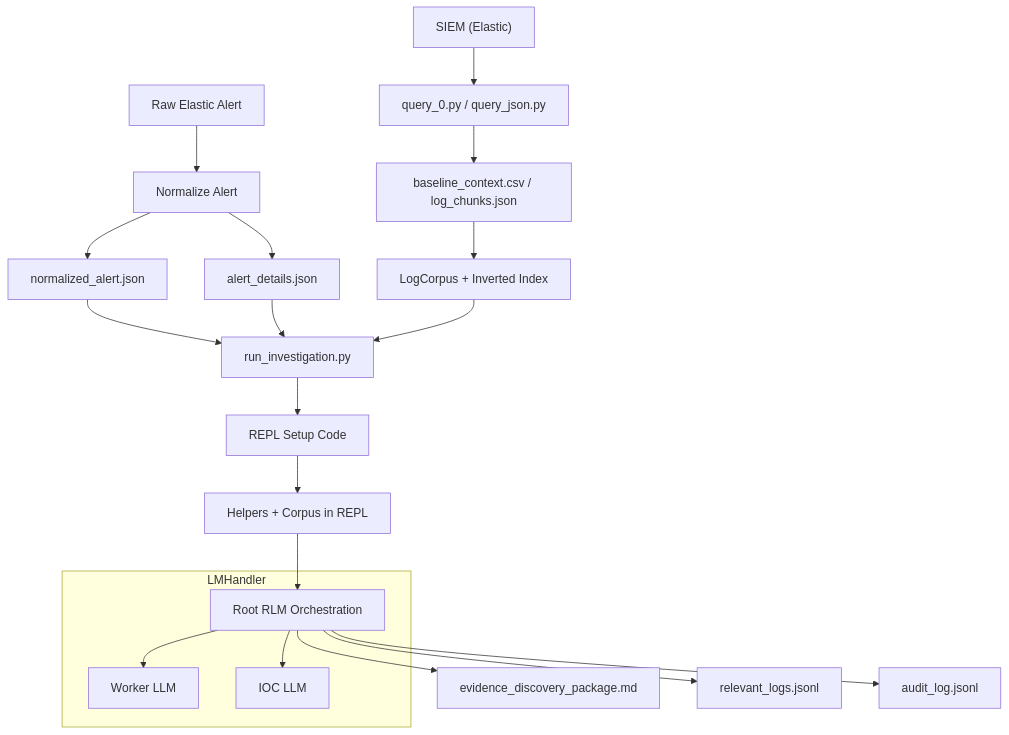
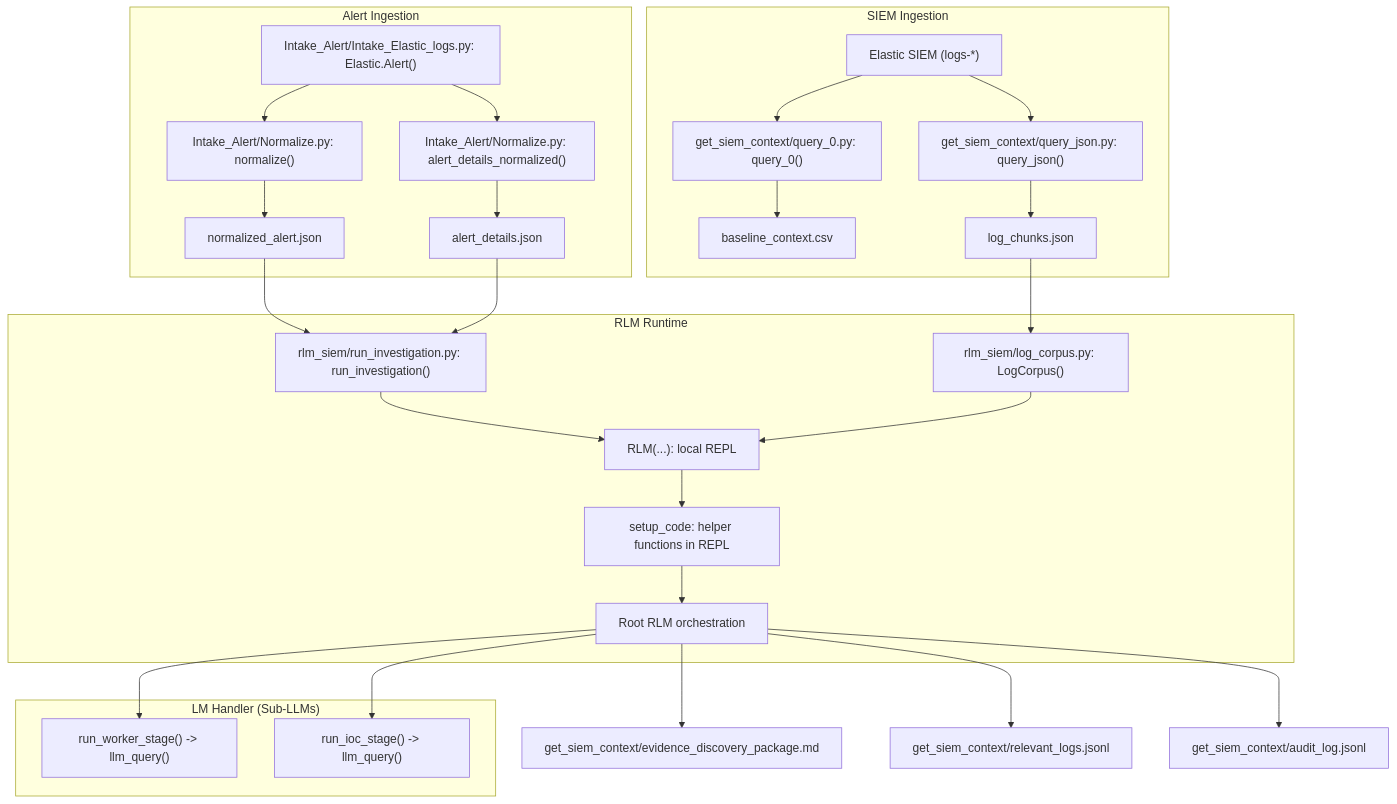
The first of 2 diagrams in README.md (GBinion2020/RLM-Investigation-Agent), drawn with Mermaid before and after one commit. The commit also changed other lines of this file and 1 other file, not shown here.

Commit message:
update to readme

````diff
--- a/README.md
+++ b/README.md
@@ -13,27 +13,35 @@
 ```mermaid
 flowchart TD
-    A["SIEM (Elastic)"] --> B["query_0.py / query_json.py"]
-    B --> C["baseline_context.csv / log_chunks.json"]
-    C --> D["LogCorpus + Inverted Index"]
-
-    E["Raw Elastic Alert"] --> F["Normalize Alert"]
-    F --> G["normalized_alert.json"]
-    F --> H["alert_details.json"]
-
-    G --> I["run_investigation.py"]
-    H --> I
-    D --> I
-
-    I --> J["REPL Setup Code"]
-    J --> K["Helpers + Corpus in REPL"]
-    K --> L["Root RLM Orchestration"]
-
-    subgraph LMHandler
-      L --> M["Worker LLM"]
-      L --> N["IOC LLM"]
+    subgraph SIEM_Ingestion["SIEM Ingestion"]
+        A["Elastic SIEM (logs-*)"] --> B["get_siem_context/query_0.py: query_0()"]
+        A --> B2["get_siem_context/query_json.py: query_json()"]
+        B --> C["baseline_context.csv"]
+        B2 --> D["log_chunks.json"]
     end
 
-    L --> O["evidence_discovery_package.md"]
-    L --> P["relevant_logs.jsonl"]
-    L --> Q["audit_log.jsonl"]
+    subgraph Alert_Ingestion["Alert Ingestion"]
+        E["Intake_Alert/Intake_Elastic_logs.py: Elastic.Alert()"] --> F["Intake_Alert/Normalize.py: normalize()"]
+        E --> G["Intake_Alert/Normalize.py: alert_details_normalized()"]
+        F --> H["normalized_alert.json"]
+        G --> I["alert_details.json"]
+    end
+
+    subgraph Runtime["RLM Runtime"]
+        J["rlm_siem/run_investigation.py: run_investigation()"] --> K["RLM(...): local REPL"]
+        D --> L["rlm_siem/log_corpus.py: LogCorpus()"]
+        L --> K
+        H --> J
+        I --> J
+        K --> M["setup_code: helper functions in REPL"]
+        M --> N["Root RLM orchestration"]
+    end
+
+    subgraph LMHandler["LM Handler (Sub-LLMs)"]
+        N --> O["run_worker_stage() -> llm_query()"]
+        N --> P["run_ioc_stage() -> llm_query()"]
+    end
+
+    N --> Q["get_siem_context/evidence_discovery_package.md"]
+    N --> R["get_siem_context/relevant_logs.jsonl"]
+    N --> S["get_siem_context/audit_log.jsonl"]
 ```
````
